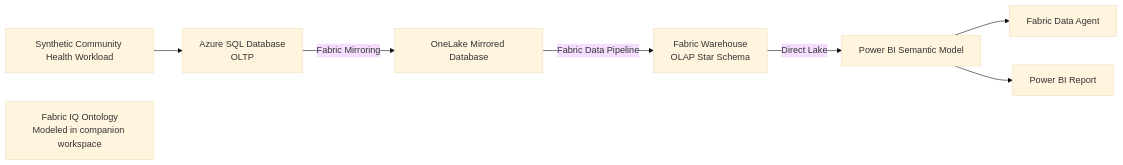
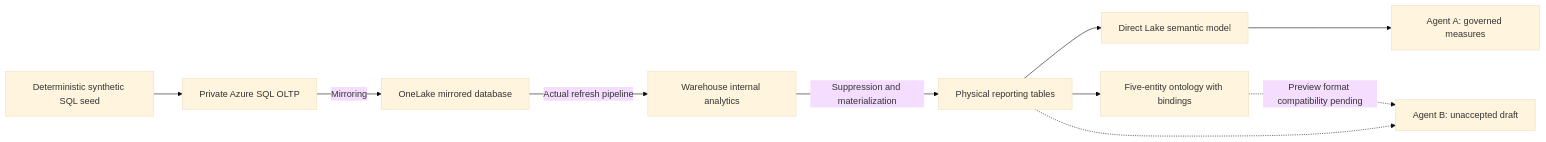
Before and after one commit to rayxfelipe/azure-sql-to-fabric-data-agent: the diagram in README.md, drawn with Mermaid (base theme). The commit also changed other lines of this file and 58 other files, not shown here.

````diff
--- a/README.md
+++ b/README.md
@@ -56,10 +25,12 @@
 ```mermaid
 flowchart LR
-    A[Synthetic Community Health Workload] --> B[Azure SQL Database<br/>OLTP]
-    B -->|Fabric Mirroring| C[OneLake Mirrored Database]
-    C -->|Fabric Data Pipeline| D[Fabric Warehouse<br/>OLAP Star Schema]
-    D -->|Direct Lake| E[Power BI Semantic Model]
-    E --> G[Fabric Data Agent]
-    F[Fabric IQ Ontology<br/>Modeled in companion workspace]
-    E --> H[Power BI Report]
+    A[Deterministic synthetic SQL seed] --> B[Private Azure SQL OLTP]
+    B -->|Mirroring| C[OneLake mirrored database]
+    C -->|Actual refresh pipeline| D[Warehouse internal analytics]
+    D -->|Suppression and materialization| E[Physical reporting tables]
+    E --> F[Direct Lake semantic model]
+    F --> G[Agent A: governed measures]
+    E --> H[Five-entity ontology with bindings]
+    H -.->|Preview format compatibility pending| I[Agent B: unaccepted draft]
+    E -.-> I
 ```
````
